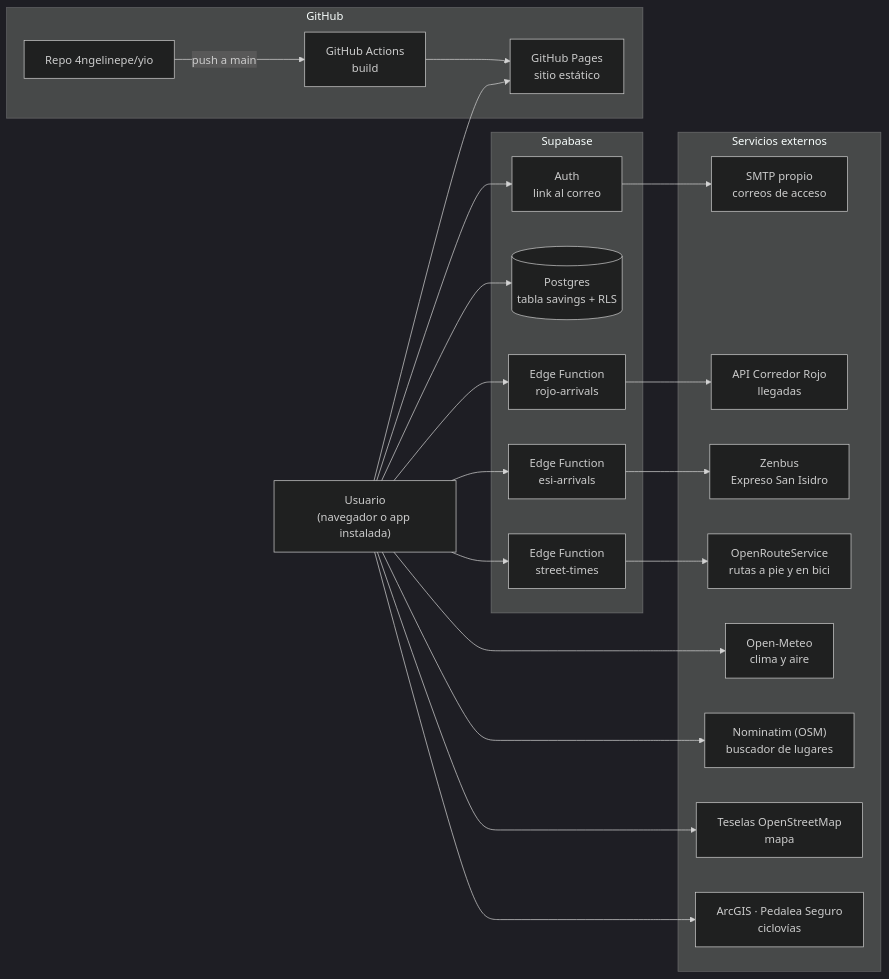
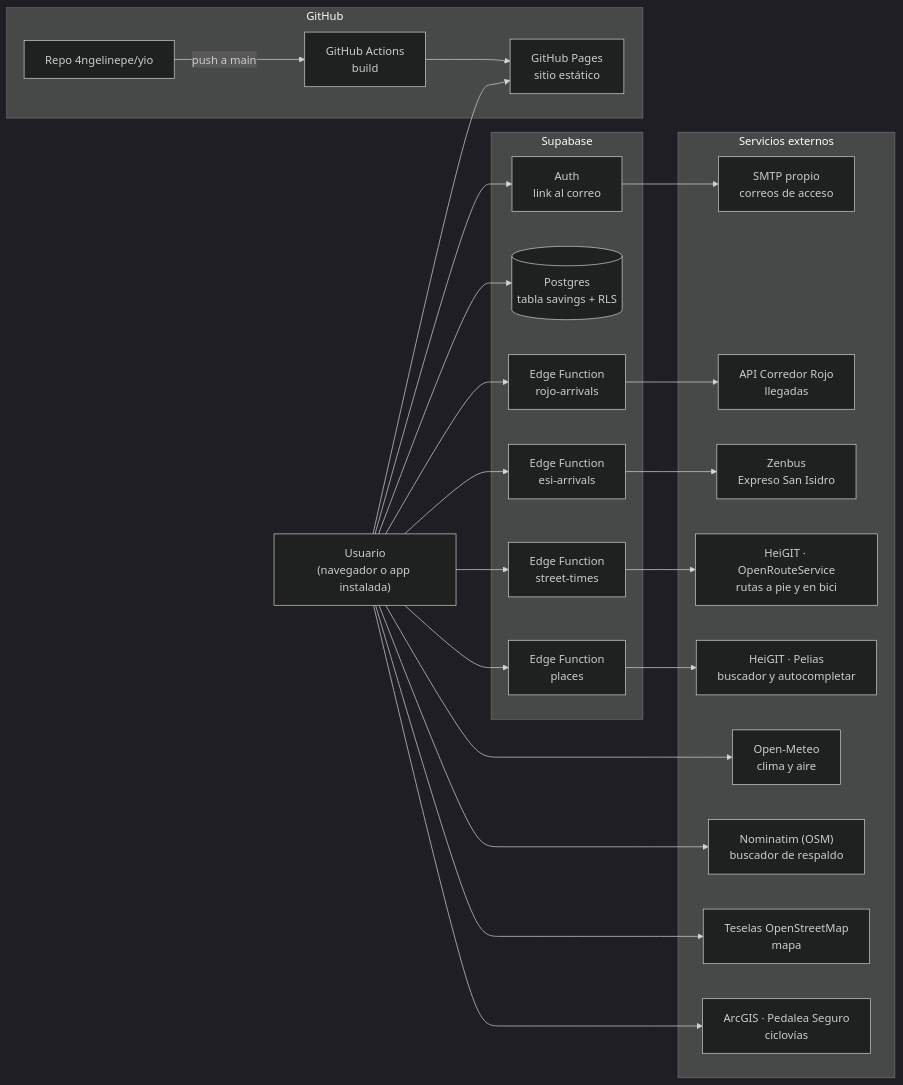
The first of 2 diagrams in docs/ARQUITECTURA.md (4ngelinepe/yio), drawn with Mermaid (dark theme) before and after one commit. The commit also changed other lines of this file and 6 other files, not shown here.

First line of the commit message:
Buscador con autocompletar (puente places · HeiGIT Pelias), Casa/Trabajo y recientes; Nominatim queda de respaldo

````diff
--- a/docs/ARQUITECTURA.md
+++ b/docs/ARQUITECTURA.md
@@ -20,38 +20,41 @@
 ```mermaid
 flowchart LR
   U["Usuario<br/>(navegador o app instalada)"]
 
   subgraph GH["GitHub"]
     R["Repo 4ngelinepe/yio"] -->|push a main| A["GitHub Actions<br/>build"]
     A --> P["GitHub Pages<br/>sitio estático"]
   end
 
   subgraph SB["Supabase"]
     AU["Auth<br/>link al correo"]
     DB[("Postgres<br/>tabla savings + RLS")]
     EF1["Edge Function<br/>rojo-arrivals"]
     EF2["Edge Function<br/>esi-arrivals"]
     EF3["Edge Function<br/>street-times"]
+    EF4["Edge Function<br/>places"]
   end
 
   subgraph EXT["Servicios externos"]
     OM["Open-Meteo<br/>clima y aire"]
-    NO["Nominatim (OSM)<br/>buscador de lugares"]
+    NO["Nominatim (OSM)<br/>buscador de respaldo"]
     OSM["Teselas OpenStreetMap<br/>mapa"]
     BK["ArcGIS · Pedalea Seguro<br/>ciclovías"]
-    ORS["OpenRouteService<br/>rutas a pie y en bici"]
+    ORS["HeiGIT · OpenRouteService<br/>rutas a pie y en bici"]
+    PE["HeiGIT · Pelias<br/>buscador y autocompletar"]
     CR["API Corredor Rojo<br/>llegadas"]
     ZB["Zenbus<br/>Expreso San Isidro"]
     SMTP["SMTP propio<br/>correos de acceso"]
   end
 
   U --> P
   U --> AU
   U --> DB
-  U --> EF1 & EF2 & EF3
+  U --> EF1 & EF2 & EF3 & EF4
   U --> OM & NO & OSM & BK
   EF1 --> CR
   EF2 --> ZB
   EF3 --> ORS
+  EF4 --> PE
   AU --> SMTP
 ```
````
